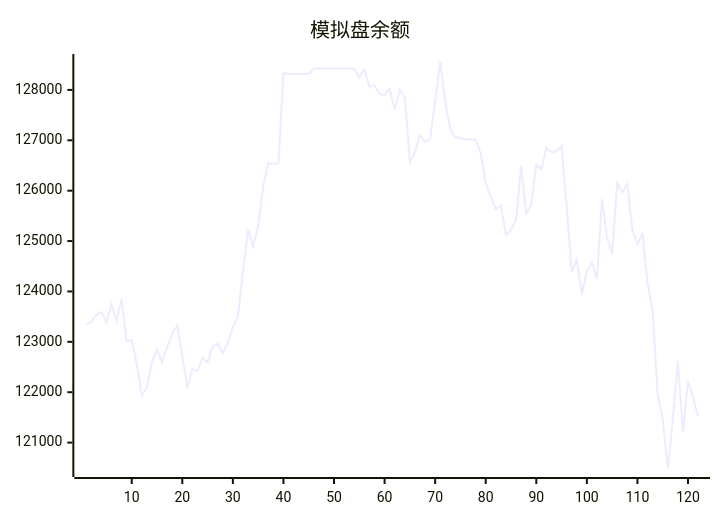
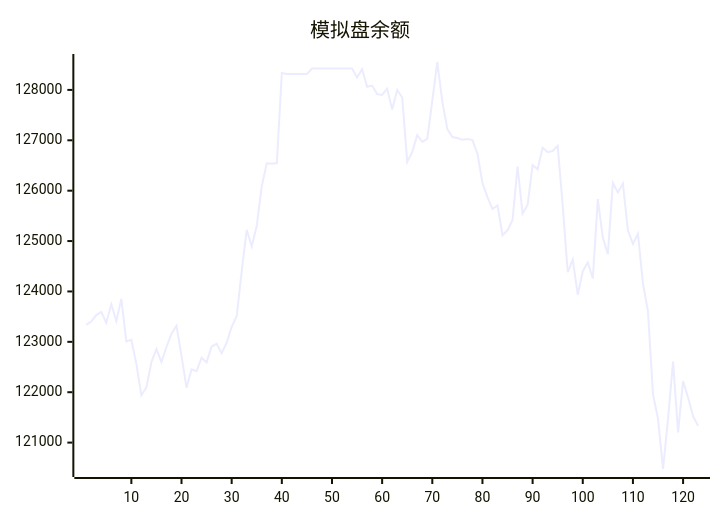
One commit to aahl/ai-trading changed the diagram in README.md. Above: the diagram before and after it, drawn with Mermaid. The commit also changed other lines of this file and 2 other files, not shown here.

````diff
--- a/README.md
+++ b/README.md
@@ -5,5 +5,5 @@
 ```mermaid
 xychart
     title "模拟盘余额"
-    line [123338,123402,123530,123592,123378,123745,123413,123853,123009,123040,122557,121938,122095,122599,122856,122597,122898,123160,123319,122719,122087,122454,122416,122685,122592,122907,122961,122776,122981,123295,123507,124403,125224,124894,125303,126088,126544,126534,126549,128335,128318,128318,128318,128318,128318,128424,128424,128424,128424,128424,128424,128424,128424,128424,128247,128412,128062,128087,127917,127901,128026,127611,128000,127850,126572,126770,127100,126971,127029,127783,128554,127765,127224,127064,127044,127009,127025,127004,126738,126152,125871,125635,125707,125117,125217,125420,126480,125545,125715,126511,126424,126856,126764,126788,126890,125710,124381,124632,123936,124402,124574,124256,125833,125070,124739,126154,125966,126145,125213,124943,125143,124157,123604,121959,121476,120476,121470,122610,121201,122221,121889,121522]
+    line [123338,123402,123530,123592,123378,123745,123413,123853,123009,123040,122557,121938,122095,122599,122856,122597,122898,123160,123319,122719,122087,122454,122416,122685,122592,122907,122961,122776,122981,123295,123507,124403,125224,124894,125303,126088,126544,126534,126549,128335,128318,128318,128318,128318,128318,128424,128424,128424,128424,128424,128424,128424,128424,128424,128247,128412,128062,128087,127917,127901,128026,127611,128000,127850,126572,126770,127100,126971,127029,127783,128554,127765,127224,127064,127044,127009,127025,127004,126738,126152,125871,125635,125707,125117,125217,125420,126480,125545,125715,126511,126424,126856,126764,126788,126890,125710,124381,124632,123936,124402,124574,124256,125833,125070,124739,126154,125966,126145,125213,124943,125143,124157,123604,121959,121476,120476,121470,122610,121201,122221,121889,121522,121332]
 ```
````
